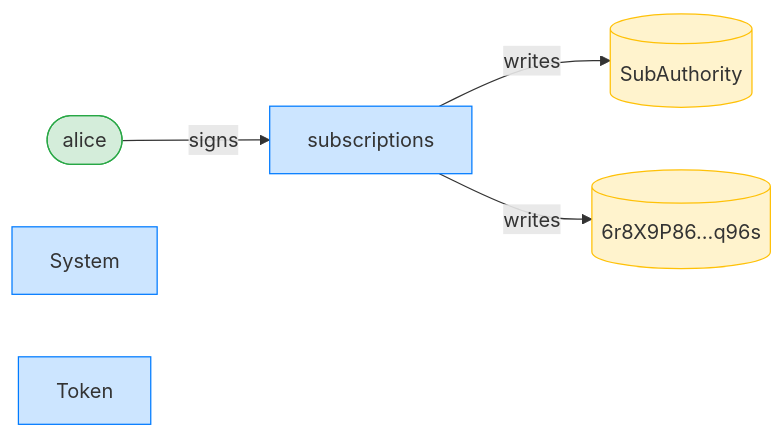
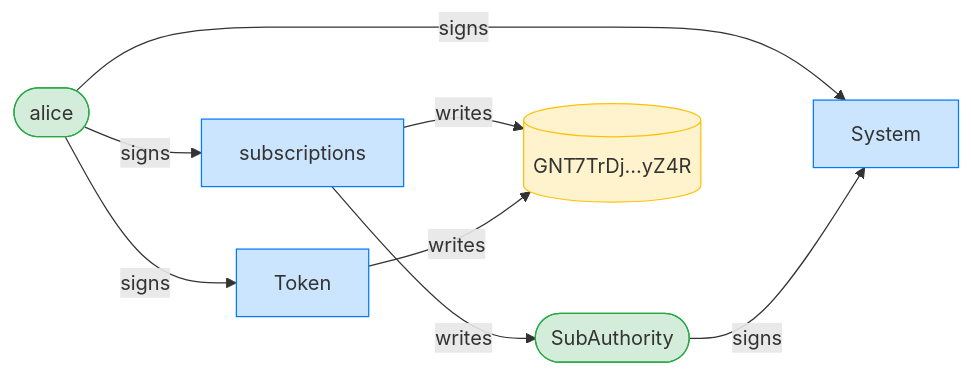
The third of 12 diagrams in dsl_tests/revoke-a-recurring-delegation.md (cds-rs/subscriptions), drawn with Mermaid before and after one commit. The commit also changed other lines of this file and 224 other files, not shown here.

````diff
--- a/dsl_tests/revoke-a-recurring-delegation.md
+++ b/dsl_tests/revoke-a-recurring-delegation.md
@@ -53,15 +54,19 @@
 ```mermaid
 flowchart LR
     classDef signer fill:#d4edda,stroke:#28a745;
     classDef program fill:#cce5ff,stroke:#007bff;
     classDef writable fill:#fff3cd,stroke:#ffc107;
     subscriptions[subscriptions]:::program
     alice([alice]):::signer
-    SubAuthority[(SubAuthority)]:::writable
-    6r8X9P86_q96s[("6r8X9P86…q96s")]:::writable
+    SubAuthority([SubAuthority]):::signer
+    GNT7TrDj_yZ4R[("GNT7TrDj…yZ4R")]:::writable
     System[System]:::program
     Token[Token]:::program
     alice -->|signs| subscriptions
+    alice -->|signs| System
+    SubAuthority -->|signs| System
+    alice -->|signs| Token
     subscriptions -->|writes| SubAuthority
-    subscriptions -->|writes| 6r8X9P86_q96s
+    subscriptions -->|writes| GNT7TrDj_yZ4R
+    Token -->|writes| GNT7TrDj_yZ4R
 ```
````
